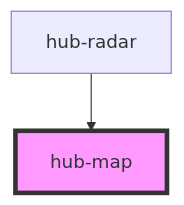
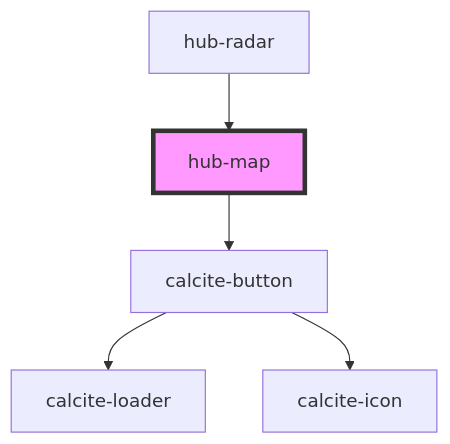
The diagram in src/components/hub-map/readme.md (esridc/hub-components-experiments), drawn with Mermaid before and after one commit. The commit also changed other lines of this file and 2 other files, not shown here.

Commit message:
Added fullscreen option to map

````diff
--- a/src/components/hub-map/readme.md
+++ b/src/components/hub-map/readme.md
@@ -41,5 +45,8 @@
 ```mermaid
 graph TD;
+  hub-map --> calcite-button
+  calcite-button --> calcite-loader
+  calcite-button --> calcite-icon
   hub-radar --> hub-map
   style hub-map fill:#f9f,stroke:#333,stroke-width:4px
 ```
````
